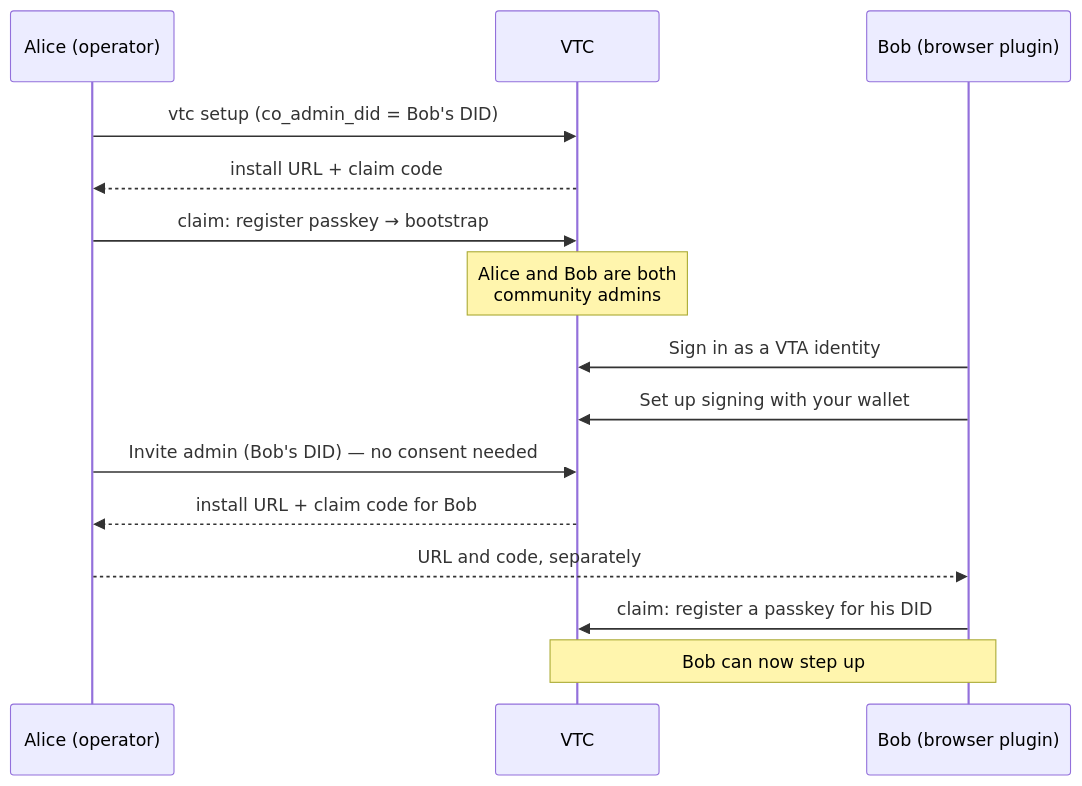
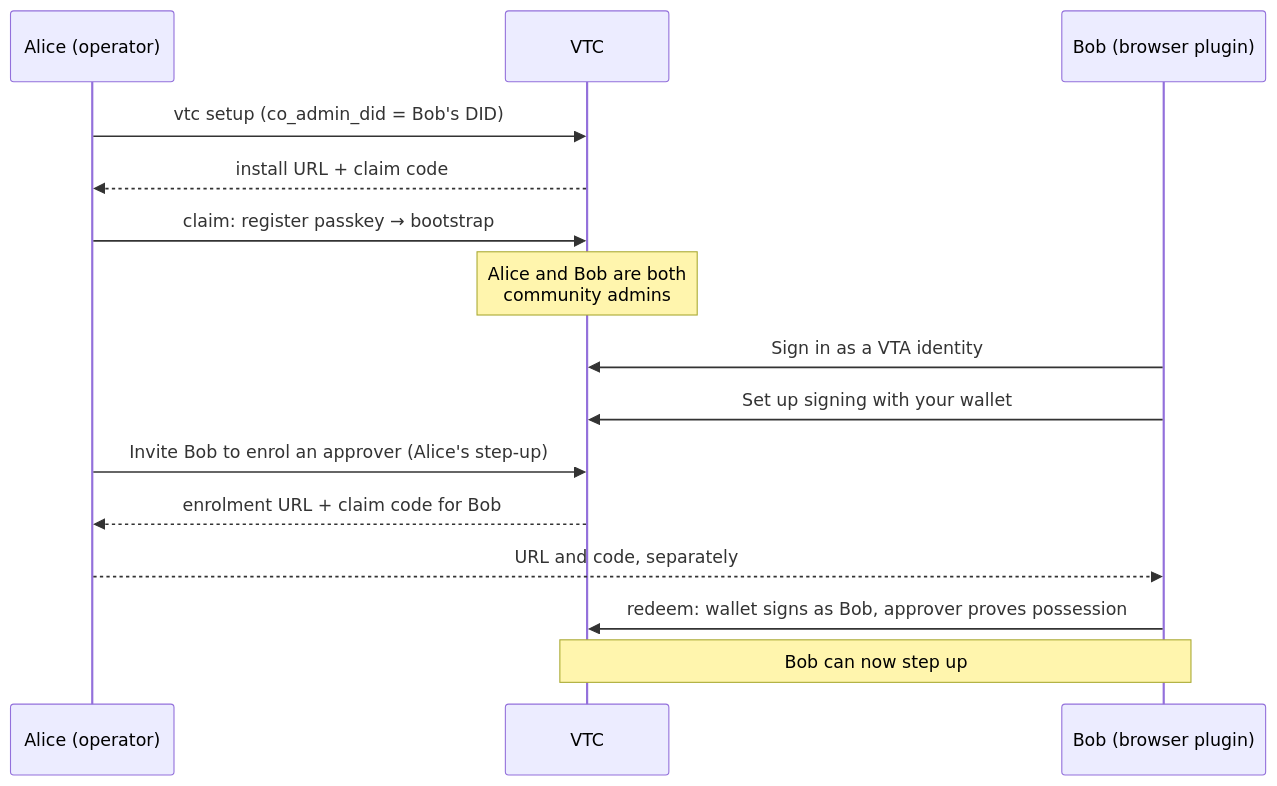
One commit to OpenVTC/verifiable-trust-infrastructure changed the diagram in docs/03-vtc/admin-access.md. Above: the diagram before and after it, drawn with Mermaid. The commit also changed other lines of this file and 14 other files, not shown here.

````diff
--- a/docs/03-vtc/admin-access.md
+++ b/docs/03-vtc/admin-access.md
@@ -657,17 +745,17 @@
 ```mermaid
 sequenceDiagram
     participant A as Alice (operator)
     participant V as VTC
     participant B as Bob (browser plugin)
     A->>V: vtc setup (co_admin_did = Bob's DID)
     V-->>A: install URL + claim code
     A->>V: claim: register passkey → bootstrap
     Note over V: Alice and Bob are both<br/>community admins
     B->>V: Sign in as a VTA identity
     B->>V: Set up signing with your wallet
-    A->>V: Invite admin (Bob's DID) — no consent needed
-    V-->>A: install URL + claim code for Bob
+    A->>V: Invite Bob to enrol an approver (Alice's step-up)
+    V-->>A: enrolment URL + claim code for Bob
     A-->>B: URL and code, separately
-    B->>V: claim: register a passkey for his DID
+    B->>V: redeem: wallet signs as Bob, approver proves possession
     Note over B,V: Bob can now step up
 ```
````
